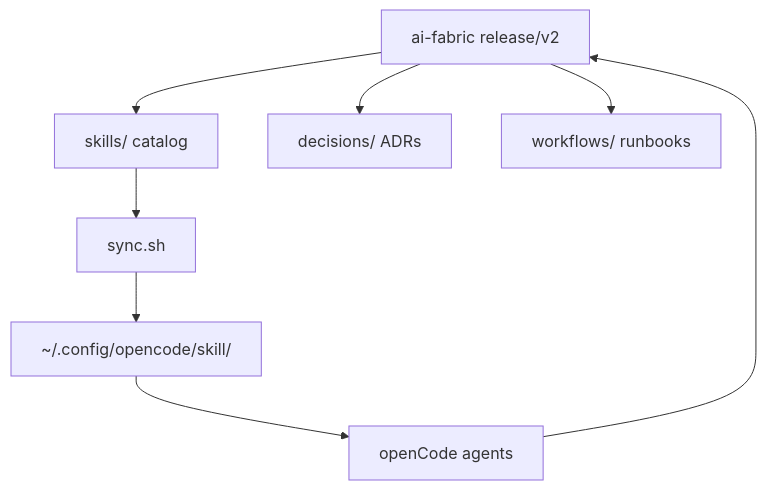
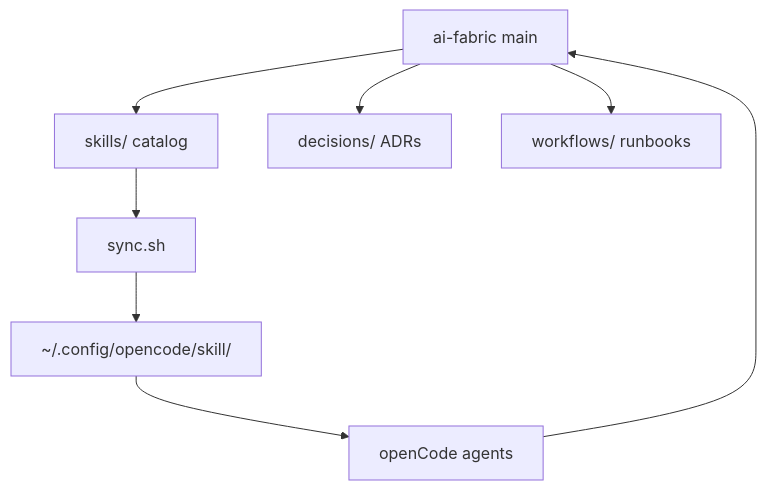
Before and after one commit to eSlider/ai-fabric: the diagram in README.md, drawn with Mermaid. The commit also changed other lines of this file and 11 other files, not shown here.

Commit message:
chore(skills): sync from inventar canon, drop release branches (#415)

````diff
--- a/README.md
+++ b/README.md
@@ -11,10 +12,10 @@
 ```mermaid
 graph TD
-  Fabric[ai-fabric release/v2] --> S[skills/ catalog]
+  Fabric[ai-fabric main] --> S[skills/ catalog]
   Fabric --> D[decisions/ ADRs]
   Fabric --> W[workflows/ runbooks]
   S --> Sync[sync.sh]
   Sync --> Opencode[~/.config/opencode/skill/]
   Opencode --> Agents[openCode agents]
   Agents --> Fabric
 ```
````
